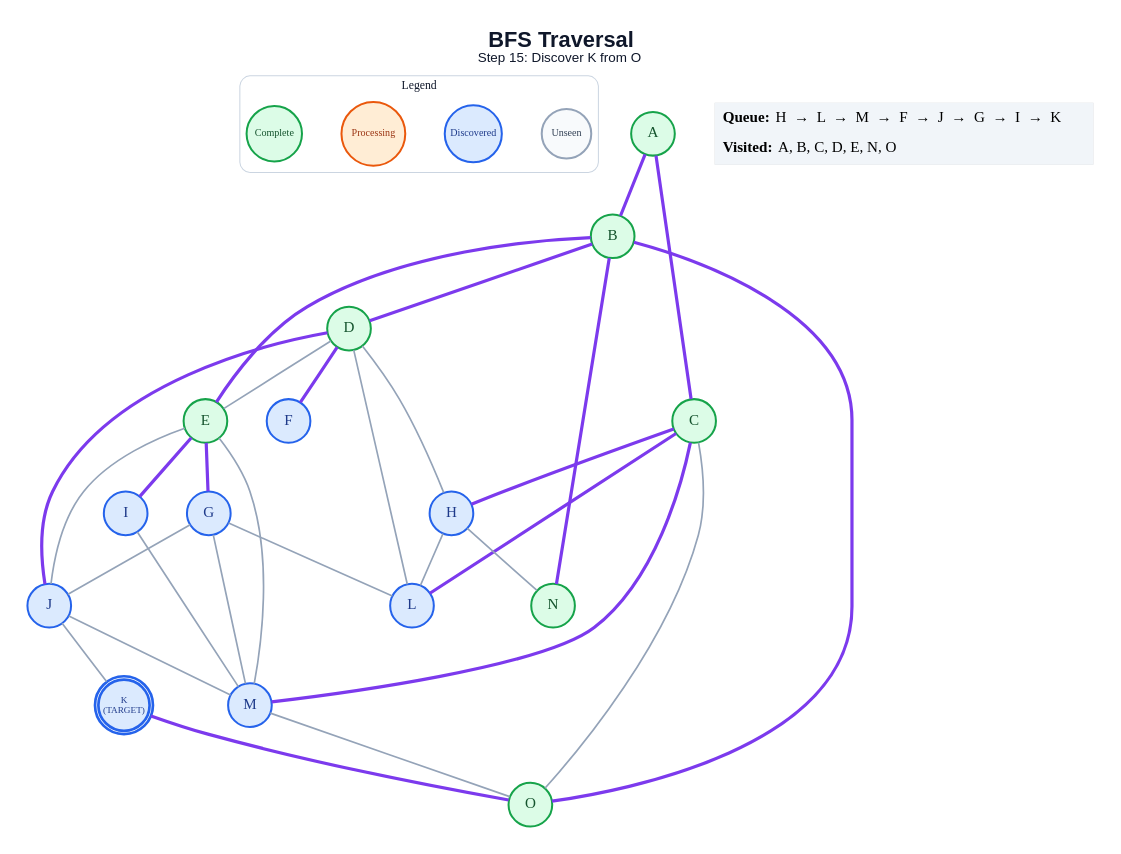
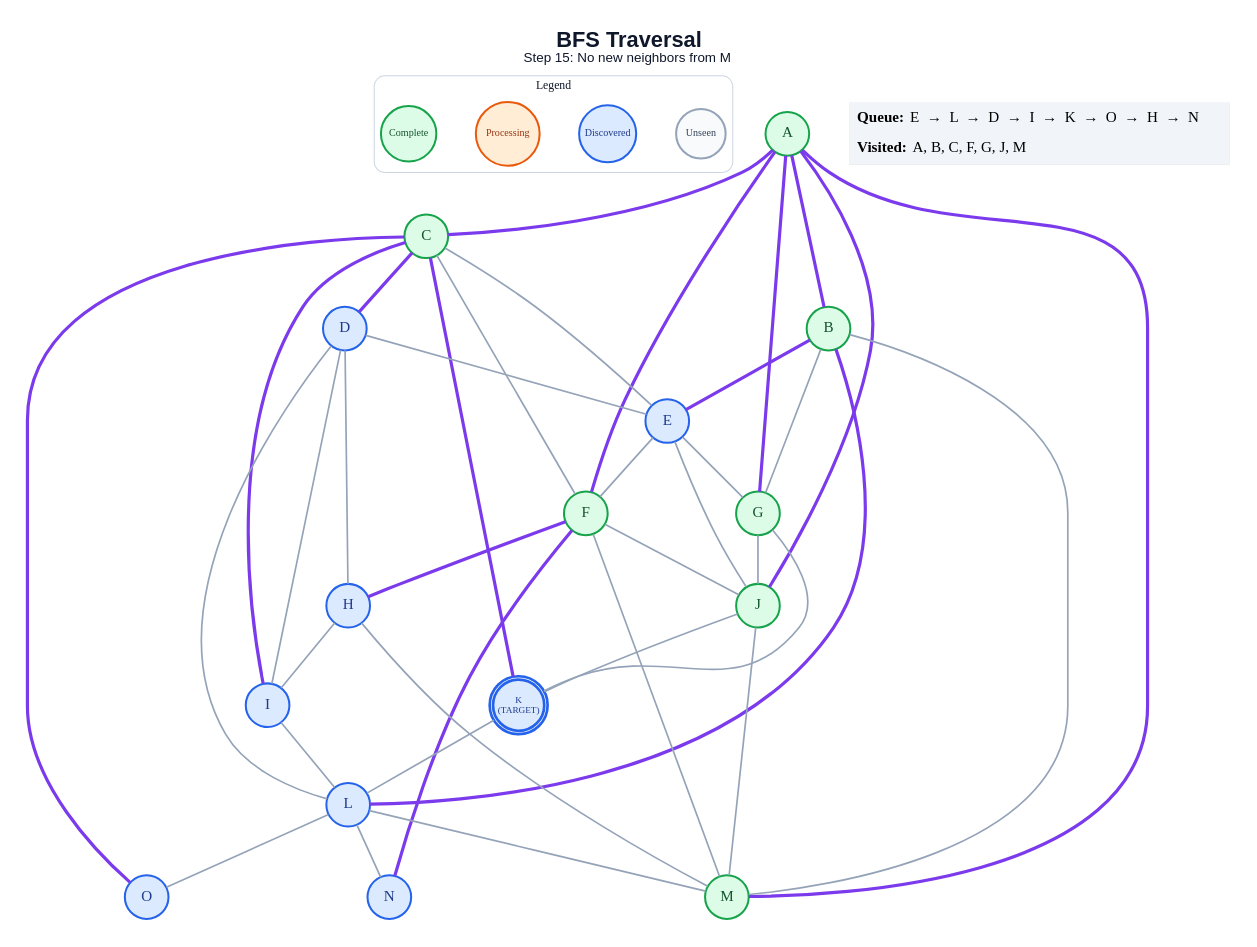
One commit to anon7238593-create/ai-slop changed the diagram in generated/specific-node/bfs/step_15.dot. Above: the diagram before and after it, drawn with Graphviz. The commit also changed 279 other files, not shown here.

```diff
--- a/generated/specific-node/bfs/step_15.dot
+++ b/generated/specific-node/bfs/step_15.dot
@@ -1,63 +1,72 @@
 graph traversal {
   graph [layout=dot, rankdir=TB, bgcolor="#FFFFFF", pad="0.35", nodesep="0.65", ranksep="0.8", fontname="Arial"];
   node [shape=circle, style="filled", fontname="Arial Bold", fontsize=18, width=0.72, fixedsize=true, penwidth=2.4];
   edge [color="#94A3B8", penwidth=2.0];
-  label=<<B>BFS Traversal</B><BR/><FONT POINT-SIZE="16">Step 15: Discover K from O</FONT>>; labelloc="t"; fontsize=26; fontname="Arial"; fontcolor="#0F172A";
+  label=<<B>BFS Traversal</B><BR/><FONT POINT-SIZE="16">Step 15: No new neighbors from M</FONT>>; labelloc="t"; fontsize=26; fontname="Arial"; fontcolor="#0F172A";
   subgraph cluster_legend { label="Legend"; color="#CBD5E1"; penwidth=1.2; style="rounded"; fontsize=14; fontname="Arial Bold";
     key_unseen [label="Unseen", fillcolor="#F8FAFC", color="#94A3B8", fontcolor="#334155", fontsize=12, width=0.82];
     key_frontier [label="Discovered", fillcolor="#DBEAFE", color="#2563EB", fontcolor="#1E3A8A", fontsize=12, width=0.95];
     key_current [label="Processing", fillcolor="#FFEDD5", color="#EA580C", fontcolor="#9A3412", fontsize=12, width=1.05];
     key_done [label="Complete", fillcolor="#DCFCE7", color="#16A34A", fontcolor="#14532D", fontsize=12, width=0.92];
     { rank=same; key_unseen; key_frontier; key_current; key_done; }
   }
   A [label="A", fillcolor="#DCFCE7", color="#16A34A", fontcolor="#14532D", peripheries=1, penwidth=2.4];
   B [label="B", fillcolor="#DCFCE7", color="#16A34A", fontcolor="#14532D", peripheries=1, penwidth=2.4];
   C [label="C", fillcolor="#DCFCE7", color="#16A34A", fontcolor="#14532D", peripheries=1, penwidth=2.4];
-  D [label="D", fillcolor="#DCFCE7", color="#16A34A", fontcolor="#14532D", peripheries=1, penwidth=2.4];
-  E [label="E", fillcolor="#DCFCE7", color="#16A34A", fontcolor="#14532D", peripheries=1, penwidth=2.4];
-  F [label="F", fillcolor="#DBEAFE", color="#2563EB", fontcolor="#1E3A8A", peripheries=1, penwidth=2.4];
-  G [label="G", fillcolor="#DBEAFE", color="#2563EB", fontcolor="#1E3A8A", peripheries=1, penwidth=2.4];
+  D [label="D", fillcolor="#DBEAFE", color="#2563EB", fontcolor="#1E3A8A", peripheries=1, penwidth=2.4];
+  E [label="E", fillcolor="#DBEAFE", color="#2563EB", fontcolor="#1E3A8A", peripheries=1, penwidth=2.4];
+  F [label="F", fillcolor="#DCFCE7", color="#16A34A", fontcolor="#14532D", peripheries=1, penwidth=2.4];
+  G [label="G", fillcolor="#DCFCE7", color="#16A34A", fontcolor="#14532D", peripheries=1, penwidth=2.4];
   H [label="H", fillcolor="#DBEAFE", color="#2563EB", fontcolor="#1E3A8A", peripheries=1, penwidth=2.4];
   I [label="I", fillcolor="#DBEAFE", color="#2563EB", fontcolor="#1E3A8A", peripheries=1, penwidth=2.4];
-  J [label="J", fillcolor="#DBEAFE", color="#2563EB", fontcolor="#1E3A8A", peripheries=1, penwidth=2.4];
+  J [label="J", fillcolor="#DCFCE7", color="#16A34A", fontcolor="#14532D", peripheries=1, penwidth=2.4];
   K [label="K\n(TARGET)", fillcolor="#DBEAFE", color="#2563EB", fontcolor="#1E3A8A", peripheries=2, penwidth=3.2, fontsize=11, width=0.85, height=0.85];
   L [label="L", fillcolor="#DBEAFE", color="#2563EB", fontcolor="#1E3A8A", peripheries=1, penwidth=2.4];
-  M [label="M", fillcolor="#DBEAFE", color="#2563EB", fontcolor="#1E3A8A", peripheries=1, penwidth=2.4];
-  N [label="N", fillcolor="#DCFCE7", color="#16A34A", fontcolor="#14532D", peripheries=1, penwidth=2.4];
-  O [label="O", fillcolor="#DCFCE7", color="#16A34A", fontcolor="#14532D", peripheries=1, penwidth=2.4];
+  M [label="M", fillcolor="#DCFCE7", color="#16A34A", fontcolor="#14532D", peripheries=1, penwidth=2.4];
+  N [label="N", fillcolor="#DBEAFE", color="#2563EB", fontcolor="#1E3A8A", peripheries=1, penwidth=2.4];
+  O [label="O", fillcolor="#DBEAFE", color="#2563EB", fontcolor="#1E3A8A", peripheries=1, penwidth=2.4];
   A -- B [color="#7C3AED", penwidth=3.8];
   A -- C [color="#7C3AED", penwidth=3.8];
-  B -- D [color="#7C3AED", penwidth=3.8];
+  A -- F [color="#7C3AED", penwidth=3.8];
+  A -- G [color="#7C3AED", penwidth=3.8];
+  A -- J [color="#7C3AED", penwidth=3.8];
+  A -- M [color="#7C3AED", penwidth=3.8];
   B -- E [color="#7C3AED", penwidth=3.8];
-  B -- N [color="#7C3AED", penwidth=3.8];
-  B -- O [color="#7C3AED", penwidth=3.8];
-  C -- H [color="#7C3AED", penwidth=3.8];
-  C -- L [color="#7C3AED", penwidth=3.8];
-  C -- M [color="#7C3AED", penwidth=3.8];
-  C -- O;
+  B -- G;
+  B -- L [color="#7C3AED", penwidth=3.8];
+  B -- M;
+  C -- D [color="#7C3AED", penwidth=3.8];
+  C -- E;
+  C -- F;
+  C -- I [color="#7C3AED", penwidth=3.8];
+  C -- K [color="#7C3AED", penwidth=3.8];
+  C -- O [color="#7C3AED", penwidth=3.8];
   D -- E;
-  D -- F [color="#7C3AED", penwidth=3.8];
   D -- H;
-  D -- J [color="#7C3AED", penwidth=3.8];
+  D -- I;
   D -- L;
-  E -- G [color="#7C3AED", penwidth=3.8];
-  E -- I [color="#7C3AED", penwidth=3.8];
+  E -- F;
+  E -- G;
   E -- J;
-  E -- M;
+  F -- H [color="#7C3AED", penwidth=3.8];
+  F -- J;
+  F -- M;
+  F -- N [color="#7C3AED", penwidth=3.8];
   G -- J;
-  G -- L;
-  G -- M;
-  H -- L;
-  H -- N;
-  I -- M;
+  G -- K;
+  H -- I;
+  H -- M;
+  I -- L;
   J -- K;
   J -- M;
-  K -- O [color="#7C3AED", penwidth=3.8];
-  M -- O;
+  K -- L;
+  L -- M;
+  L -- N;
+  L -- O;
   status [shape=plain, fixedsize=false, width=0, height=0, margin=0, label=<
     <TABLE BORDER="0" CELLBORDER="0" CELLPADDING="7" BGCOLOR="#F1F5F9">
-      <TR><TD ALIGN="LEFT"><B>Queue:</B> H  →  L  →  M  →  F  →  J  →  G  →  I  →  K</TD></TR>
-      <TR><TD ALIGN="LEFT"><B>Visited:</B> A, B, C, D, E, N, O</TD></TR>
+      <TR><TD ALIGN="LEFT"><B>Queue:</B> E  →  L  →  D  →  I  →  K  →  O  →  H  →  N</TD></TR>
+      <TR><TD ALIGN="LEFT"><B>Visited:</B> A, B, C, F, G, J, M</TD></TR>
     </TABLE>
   >];
 }
```
